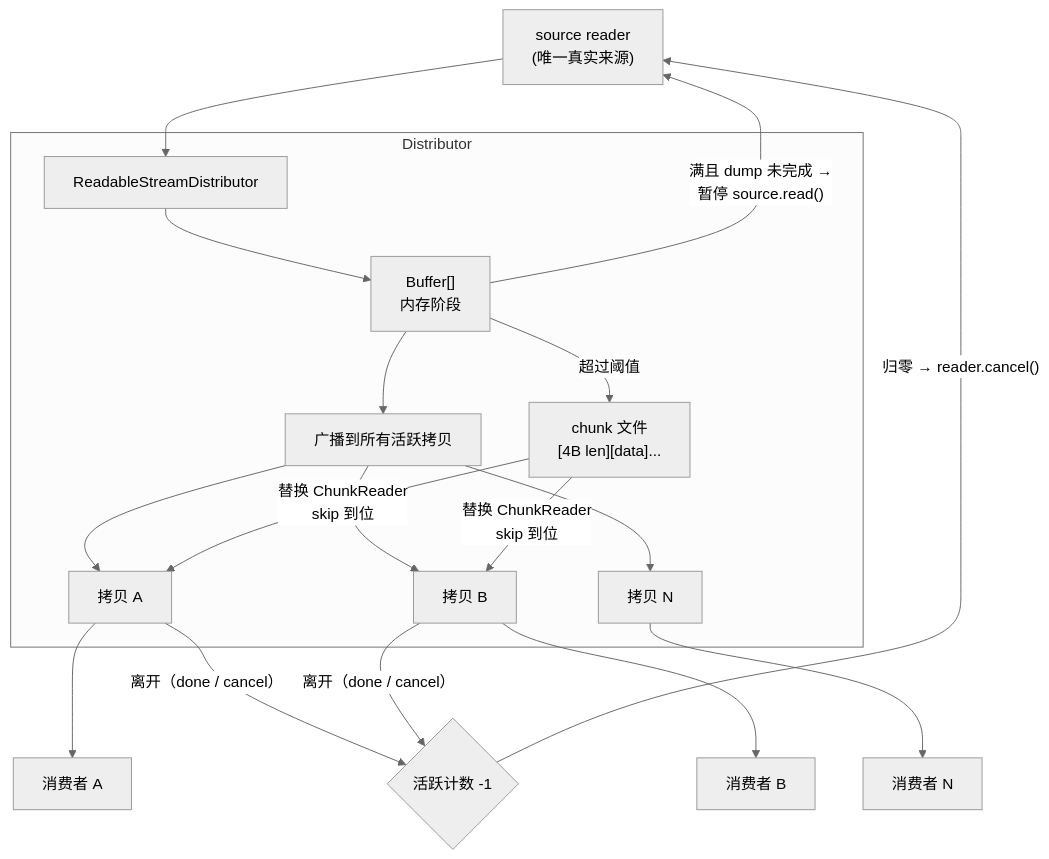
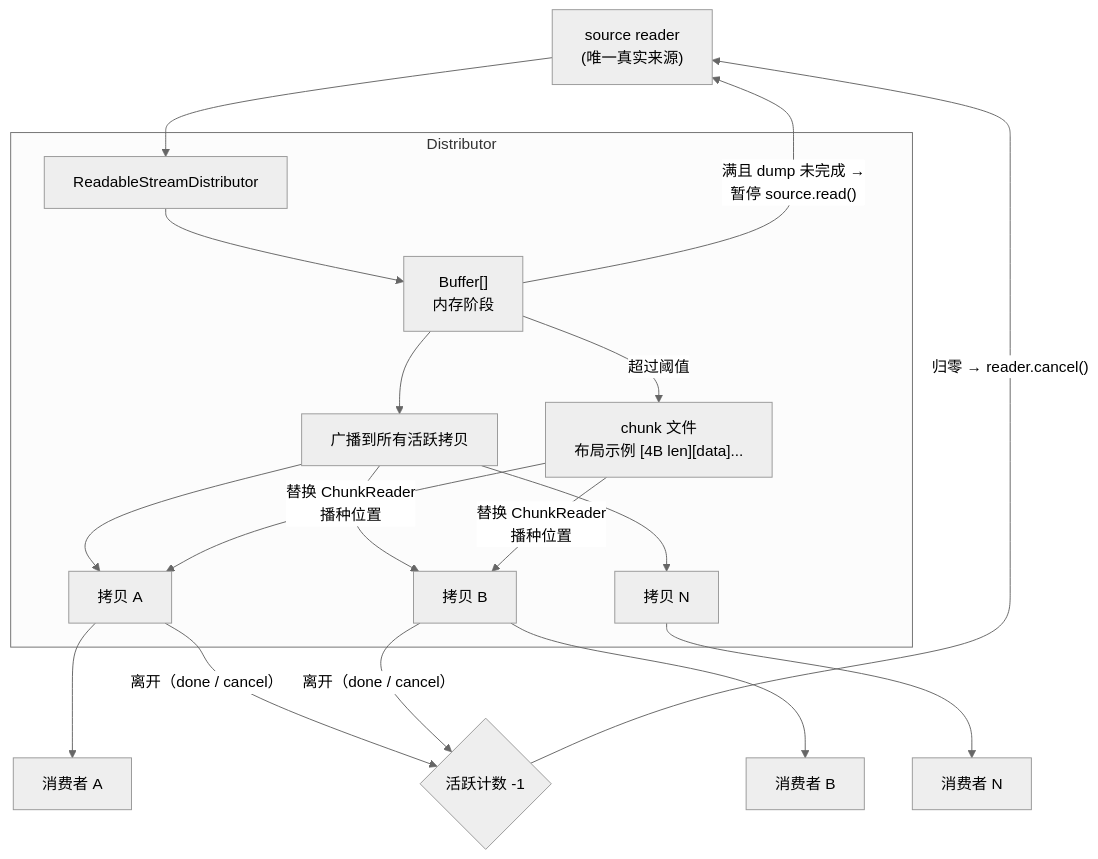
Before and after one commit to produck/node-readable-stream-distributor: the first of 6 diagrams in DESIGN.md, drawn with Mermaid (neutral theme). The commit also changed other lines of this file and 14 other files, not shown here.

````diff
--- a/DESIGN.md
+++ b/DESIGN.md
@@ -82,25 +82,25 @@
 ```mermaid
 graph TD
     SOURCE["source reader<br/>(唯一真实来源)"] --> DIST[ReadableStreamDistributor]
 
     subgraph Distributor
         DIST --> BUFFER["Buffer[]<br/>内存阶段"]
         BUFFER --> BROADCAST["广播到所有活跃拷贝"]
         BROADCAST --> COPY_A["拷贝 A"]
         BROADCAST --> COPY_B["拷贝 B"]
         BROADCAST --> COPY_N["拷贝 N"]
 
-        BUFFER -- "超过阈值" --> FILE["chunk 文件<br/>[4B len][data]..."]
-        FILE -- "替换 ChunkReader<br/>skip 到位" --> COPY_A
-        FILE -- "替换 ChunkReader<br/>skip 到位" --> COPY_B
+        BUFFER -- "超过阈值" --> FILE["chunk 文件<br/>布局示例 [4B len][data]..."]
+        FILE -- "替换 ChunkReader<br/>播种位置" --> COPY_A
+        FILE -- "替换 ChunkReader<br/>播种位置" --> COPY_B
     end
 
     COPY_A --> CONSUMER_A["消费者 A"]
     COPY_B --> CONSUMER_B["消费者 B"]
     COPY_N --> CONSUMER_N["消费者 N"]
 
     BUFFER -- "满且 dump 未完成 →<br/>暂停 source.read()" --> SOURCE
     COPY_A -- "离开（done / cancel）" --> COUNTER{"活跃计数 -1"}
     COPY_B -- "离开（done / cancel）" --> COUNTER
     COUNTER -- "归零 → reader.cancel()" --> SOURCE
 ```
````
